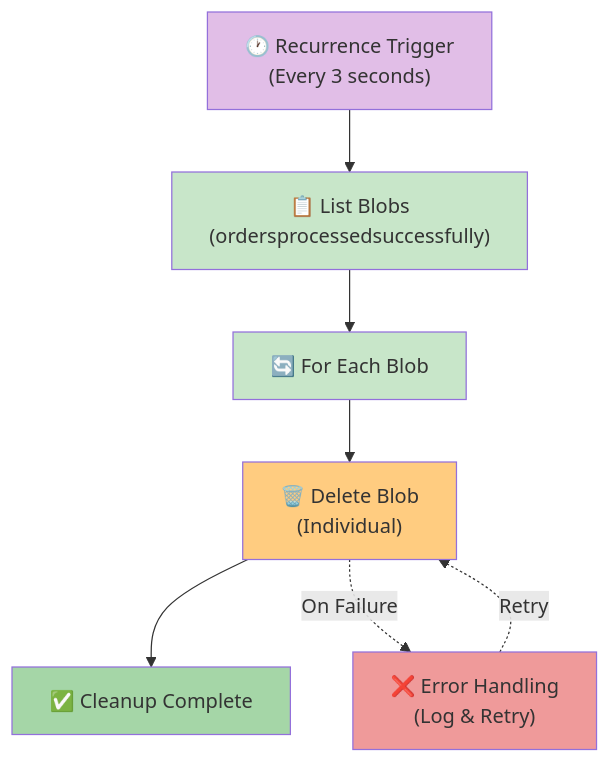
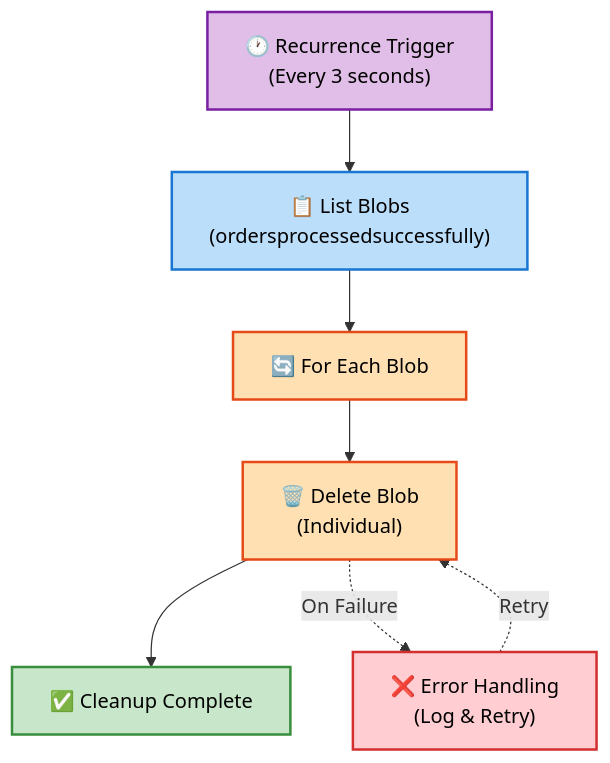
The second of 8 diagrams in docs/architecture/data-Architecture.md (Evilazaro/Azure-LogicApps-Monitoring), drawn with Mermaid before and after one commit. The commit also changed other lines of this file and 1 other file, not shown here.

Commit message:
docs: enhance color scheme documentation and accessibility features in data architecture diagrams

````diff
--- a/docs/architecture/data-Architecture.md
+++ b/docs/architecture/data-Architecture.md
@@ -329,31 +361,43 @@
 ```mermaid
 flowchart TB
     accTitle: Archive Cleanup Data Lifecycle Flow
     accDescr: Recurrence-triggered workflow that lists and deletes processed order blobs from success container with error handling
 
+    %% ============================================
+    %% STANDARD COLOR SCHEME v2.1
+    %% ============================================
+    classDef level1Group fill:#E8EAF6,stroke:#3F51B5,stroke-width:3px,color:#000
+    classDef level2Group fill:#C5CAE9,stroke:#3F51B5,stroke-width:2px,color:#000
+    classDef level3Group fill:#9FA8DA,stroke:#3F51B5,stroke-width:2px,color:#000
+    classDef level4Group fill:#7986CB,stroke:#3F51B5,stroke-width:1px,color:#000
+    classDef mainGroup fill:#E8EAF6,stroke:#3F51B5,stroke-width:3px,color:#000
+    classDef subGroup fill:#C5CAE9,stroke:#3F51B5,stroke-width:2px,color:#000
+    classDef mdBlue fill:#BBDEFB,stroke:#1976D2,stroke-width:2px,color:#000
+    classDef mdGreen fill:#C8E6C9,stroke:#388E3C,stroke-width:2px,color:#000
+    classDef mdYellow fill:#FFF9C4,stroke:#F57F17,stroke-width:2px,color:#000
+    classDef mdRed fill:#FFCDD2,stroke:#D32F2F,stroke-width:2px,color:#000
+    classDef mdOrange fill:#FFE0B2,stroke:#E64A19,stroke-width:2px,color:#000
+    classDef mdPurple fill:#E1BEE7,stroke:#7B1FA2,stroke-width:2px,color:#000
+    classDef mdTeal fill:#B2DFDB,stroke:#00796B,stroke-width:2px,color:#000
+    classDef mdGrey fill:#F5F5F5,stroke:#616161,stroke-width:2px,color:#000
+
     %% Trigger
-    trigger["🕐 Recurrence Trigger<br/>(Every 3 seconds)"]
+    trigger["🕐 Recurrence Trigger<br/>(Every 3 seconds)"]:::mdPurple
 
     %% Actions
-    list["📋 List Blobs<br/>(ordersprocessedsuccessfully)"]
-    foreach["🔄 For Each Blob"]
-    delete["🗑️ Delete Blob<br/>(Individual)"]
-    complete["✅ Cleanup Complete"]
-    error["❌ Error Handling<br/>(Log & Retry)"]
+    list["📋 List Blobs<br/>(ordersprocessedsuccessfully)"]:::mdBlue
+    foreach["🔄 For Each Blob"]:::mdOrange
+    delete["🗑️ Delete Blob<br/>(Individual)"]:::mdOrange
+    complete["✅ Cleanup Complete"]:::mdGreen
+    error["❌ Error Handling<br/>(Log & Retry)"]:::mdRed
 
     %% Relationships
     trigger --> list
     list --> foreach
     foreach --> delete
     delete --> complete
     delete -.->|"On Failure"| error
     error -.->|"Retry"| delete
 
-    %% Styling
-    style trigger fill:#E1BEE7
-    style list fill:#C8E6C9
-    style foreach fill:#C8E6C9
-    style delete fill:#FFCC80
-    style complete fill:#A5D6A7
-    style error fill:#EF9A9A
+    %% Accessibility: WCAG AA verified (4.5:1 contrast ratio)
 ```
````
